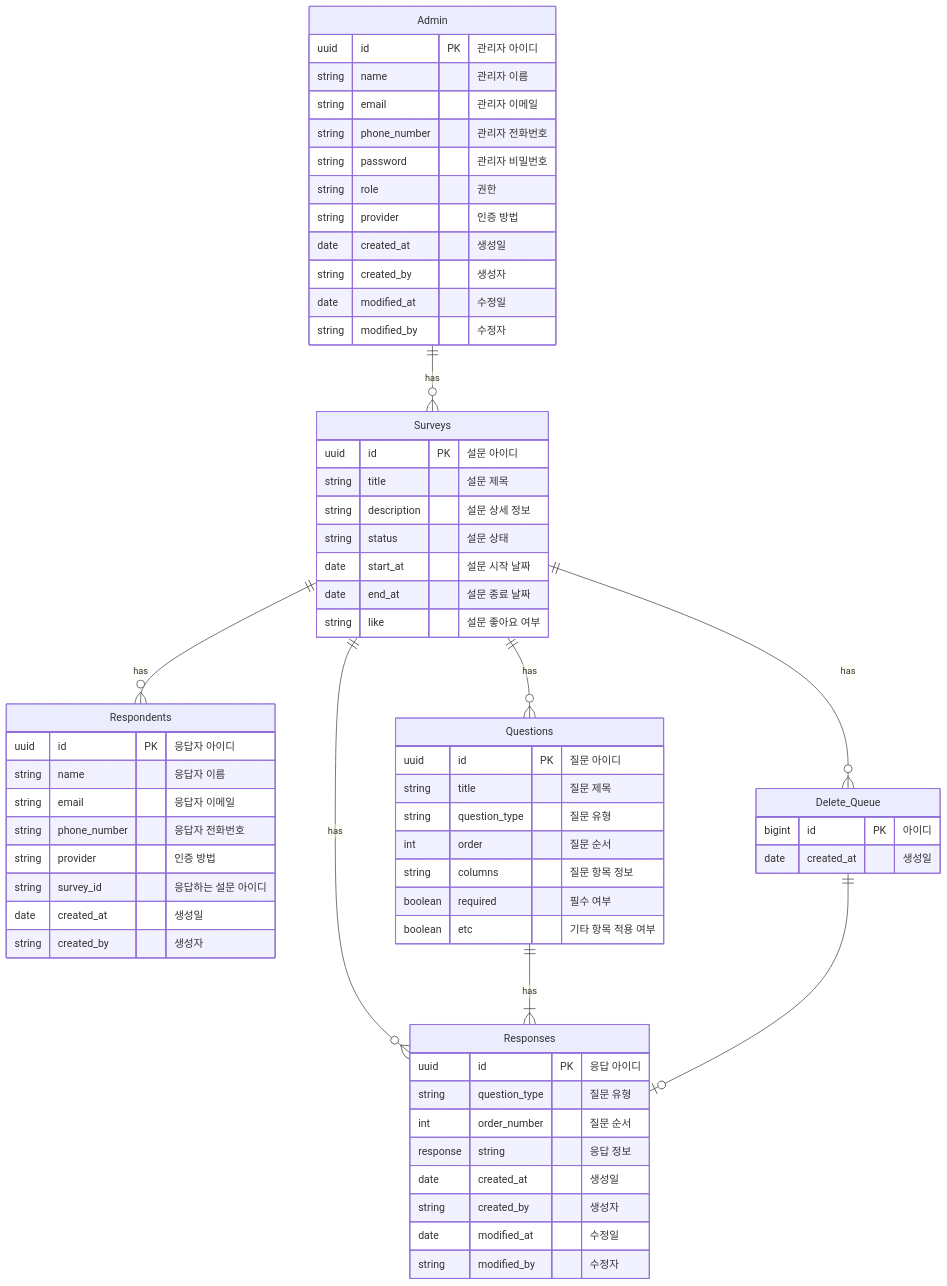
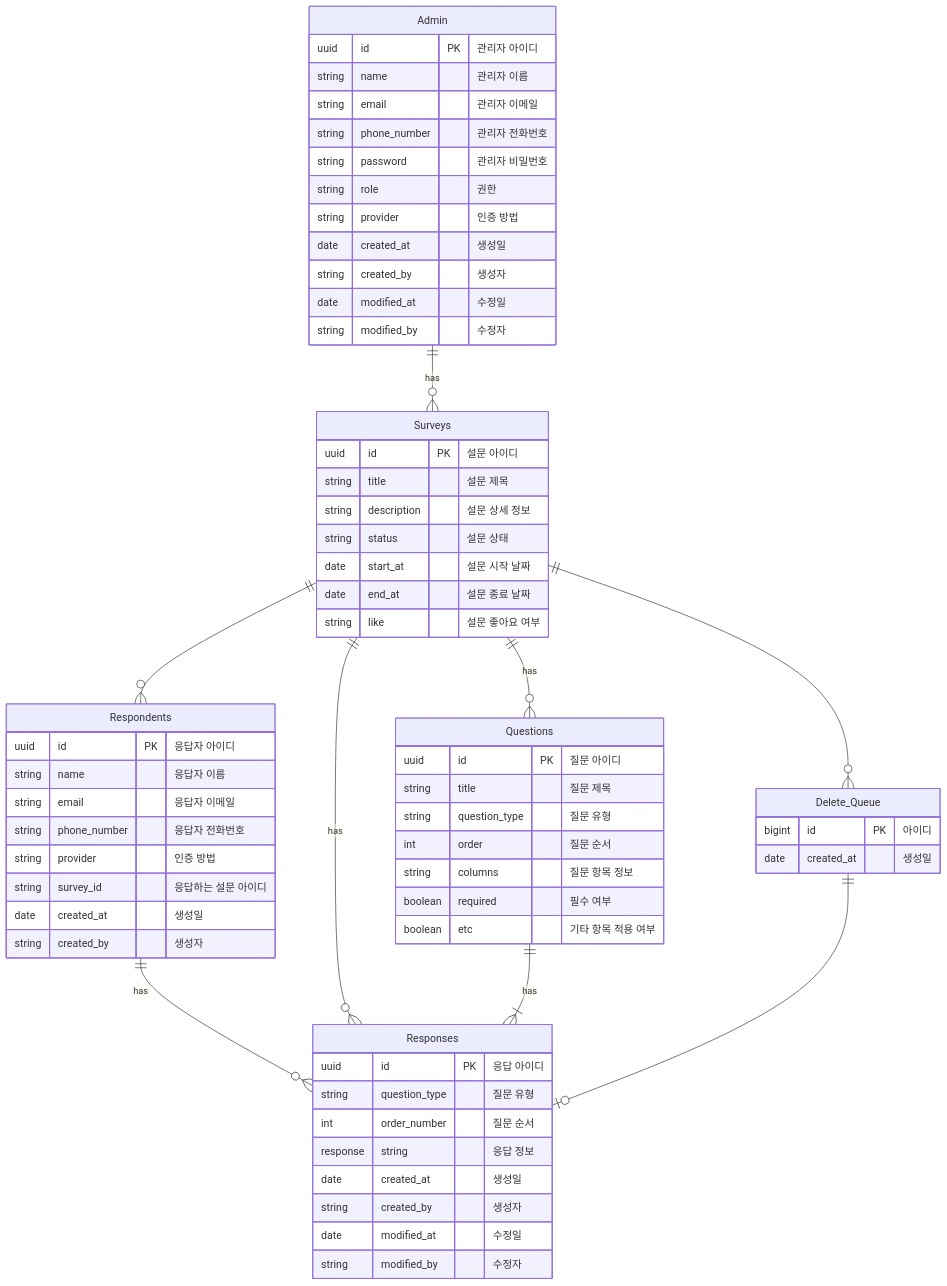
One commit to mcnc-survey/Server changed the diagram in docs/schema.mermaid. Above: the diagram before and after it, drawn with Mermaid.

Commit message:
feat: erd 수정

```diff
--- a/docs/schema.mermaid
+++ b/docs/schema.mermaid
@@ -1,69 +1,70 @@
 erDiagram
     Admin {
         uuid id PK "관리자 아이디"
         string name "관리자 이름"
         string email "관리자 이메일"
         string phone_number "관리자 전화번호"
         string password "관리자 비밀번호"
         string role "권한"
         string provider "인증 방법"
         date created_at "생성일"
         string created_by "생성자"
         date modified_at "수정일"
         string modified_by "수정자"
     }
 
     Respondents {
         uuid id PK "응답자 아이디"
         string name "응답자 이름"
         string email "응답자 이메일"
         string phone_number "응답자 전화번호"
         string provider "인증 방법"
         string survey_id "응답하는 설문 아이디"
         date created_at "생성일"
         string created_by "생성자"
     }
 
     Responses {
         uuid id PK "응답 아이디"
         string question_type "질문 유형"
         int order_number "질문 순서"
         response string "응답 정보"
         date created_at "생성일"
         string created_by "생성자"
         date modified_at "수정일"
         string modified_by "수정자"
     }
 
     Delete_Queue {
         bigint id PK "아이디"
         date created_at "생성일"
     }
 
     Surveys {
         uuid id PK "설문 아이디"
         string title "설문 제목"
         string description "설문 상세 정보"
         string status "설문 상태"
         date start_at "설문 시작 날짜"
         date end_at "설문 종료 날짜"
         string like "설문 좋아요 여부"
     }
 
     Questions {
         uuid id PK "질문 아이디"
         string title "질문 제목"
         string question_type "질문 유형"
         int order "질문 순서"
         string columns "질문 항목 정보"
         boolean required "필수 여부"
         boolean etc "기타 항목 적용 여부"
     }
 
     Admin ||--o{ Surveys : "has"
-    Surveys ||--o{ Respondents : "has"
+    Surveys ||--o{ Respondents : ""
+    Respondents ||--o{ Responses : "has"
     Surveys ||--o{ Questions : "has"
     Surveys ||--o{ Responses : "has"
-    Surveys ||--o{ Delete_Queue : "has"
+    Surveys ||--o{ Delete_Queue : ""
     Questions ||--|{ Responses : "has"
     Delete_Queue ||--o| Responses : ""
```
